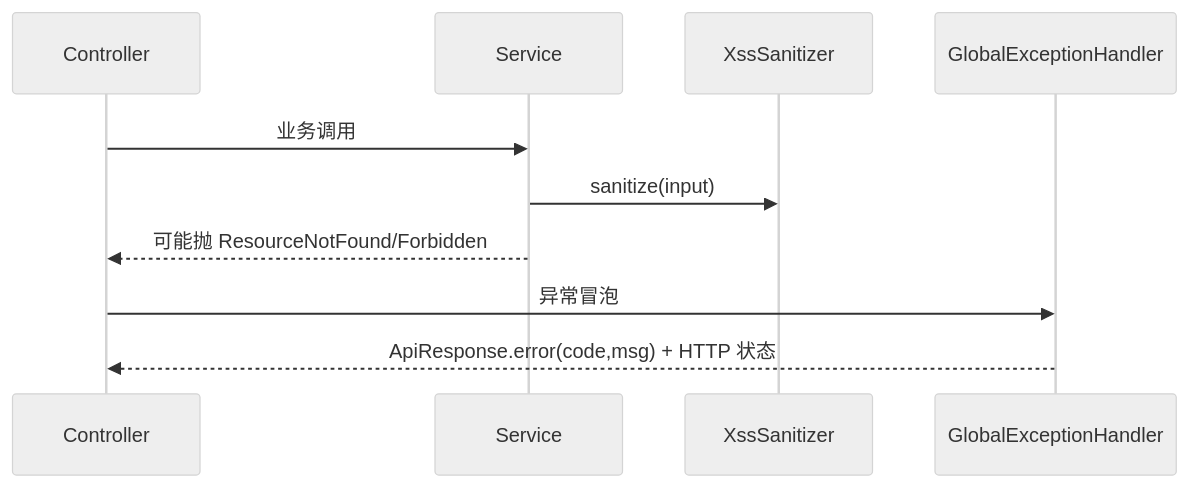
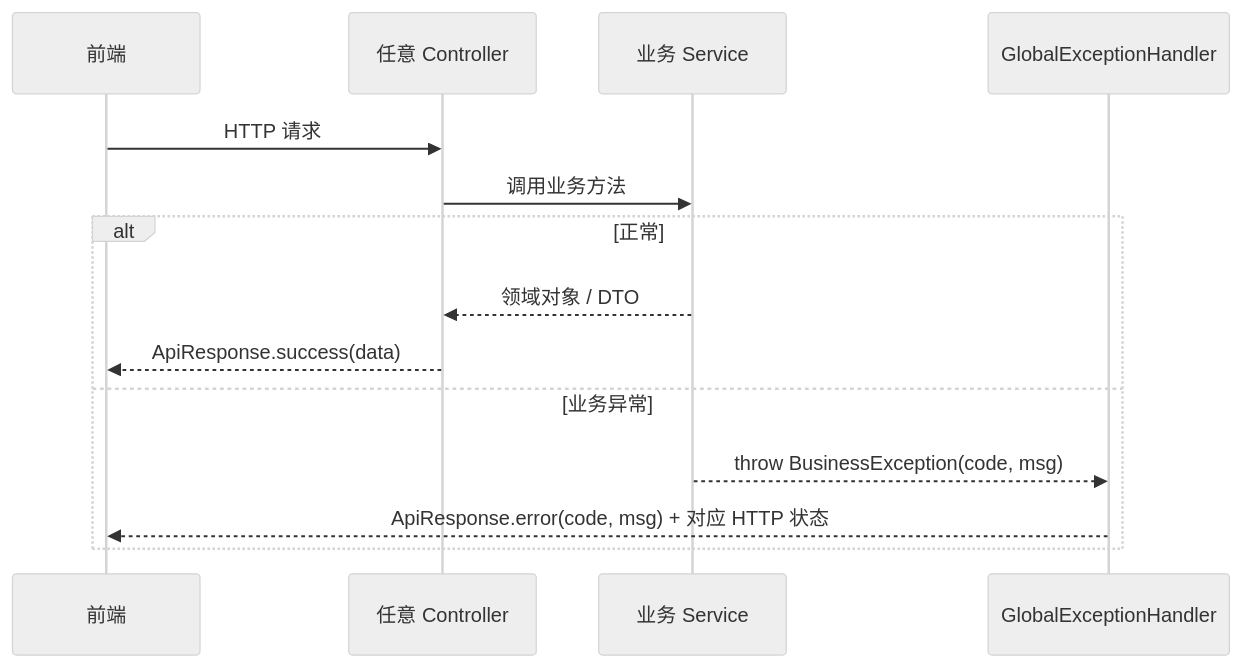
Before and after one commit to mambo-wang/CodingHub: the third of 3 diagrams in repowiki/wiki/modules/平台基础.md, drawn with Mermaid (neutral theme). The commit also changed other lines of this file and 59 other files, not shown here.

````diff
--- a/repowiki/wiki/modules/平台基础.md
+++ b/repowiki/wiki/modules/平台基础.md
@@ -111,12 +149,16 @@
 ```mermaid
 sequenceDiagram
-    participant C as Controller
-    participant S as Service
-    participant X as XssSanitizer
-    participant H as GlobalExceptionHandler
-    C->>S: 业务调用
-    S->>X: sanitize(input)
-    S-->>C: 可能抛 ResourceNotFound/Forbidden
-    C->>H: 异常冒泡
-    H-->>C: ApiResponse.error(code,msg) + HTTP 状态
+    participant FE as 前端
+    participant Ctl as 任意 Controller
+    participant Svc as 业务 Service
+    participant GEH as GlobalExceptionHandler
+    FE->>Ctl: HTTP 请求
+    Ctl->>Svc: 调用业务方法
+    alt 正常
+        Svc-->>Ctl: 领域对象 / DTO
+        Ctl-->>FE: ApiResponse.success(data)
+    else 业务异常
+        Svc-->>GEH: throw BusinessException(code, msg)
+        GEH-->>FE: ApiResponse.error(code, msg) + 对应 HTTP 状态
+    end
 ```
````
